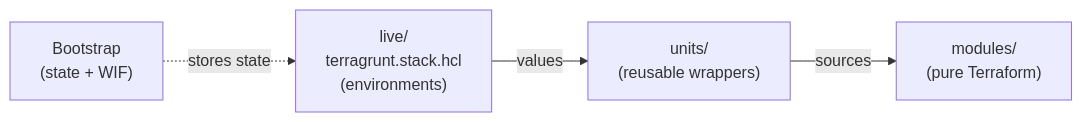
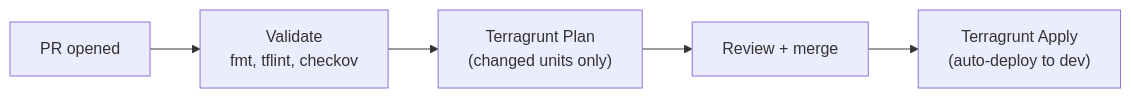
One commit to Chopsticks13/gcp-foundation-modules changed the third of 3 diagrams in README.md. Above: the diagram before and after it, drawn with Mermaid. The commit also changed other lines of this file and 1 other file, not shown here.

First line of the commit message:
chore: polish README with clearer diagrams, add conventional commits hook

````diff
--- a/README.md
+++ b/README.md
@@ -15,11 +69,7 @@
 ```mermaid
 flowchart LR
-  live["live/<br/>terragrunt.stack.hcl<br/>(environments)"]
-  units["units/<br/>(reusable wrappers)"]
-  modules["modules/<br/>(pure Terraform)"]
-  bootstrap["Bootstrap<br/>(state + WIF)"]
-
-  live -->|values| units
-  units -->|sources| modules
-  bootstrap -.->|stores state| live
+  pr["PR opened"] --> validate["Validate<br/>fmt, tflint, checkov"]
+  validate --> plan["Terragrunt Plan<br/>(changed units only)"]
+  plan --> review["Review + merge"]
+  review --> apply["Terragrunt Apply<br/>(auto-deploy to dev)"]
 ```
````
